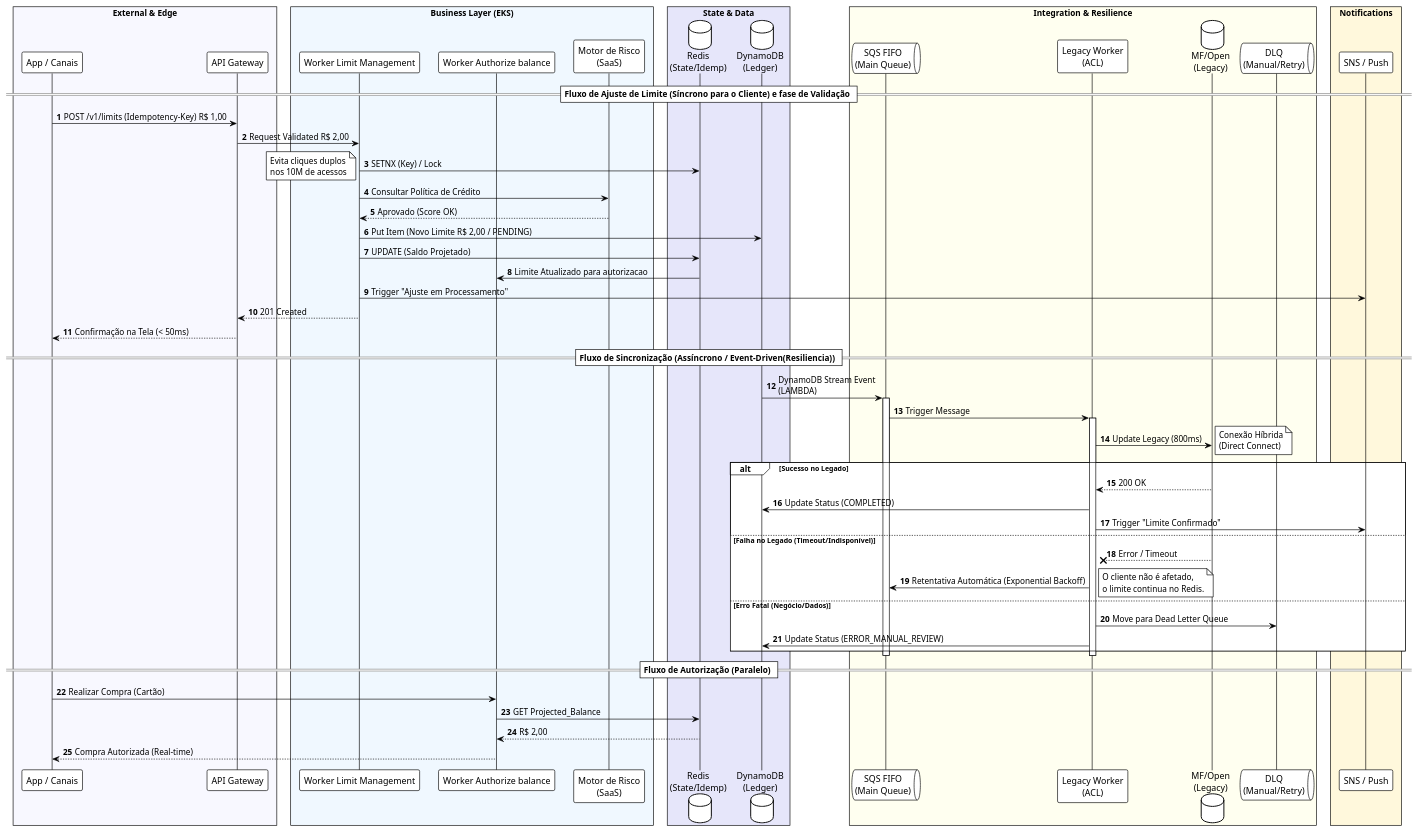
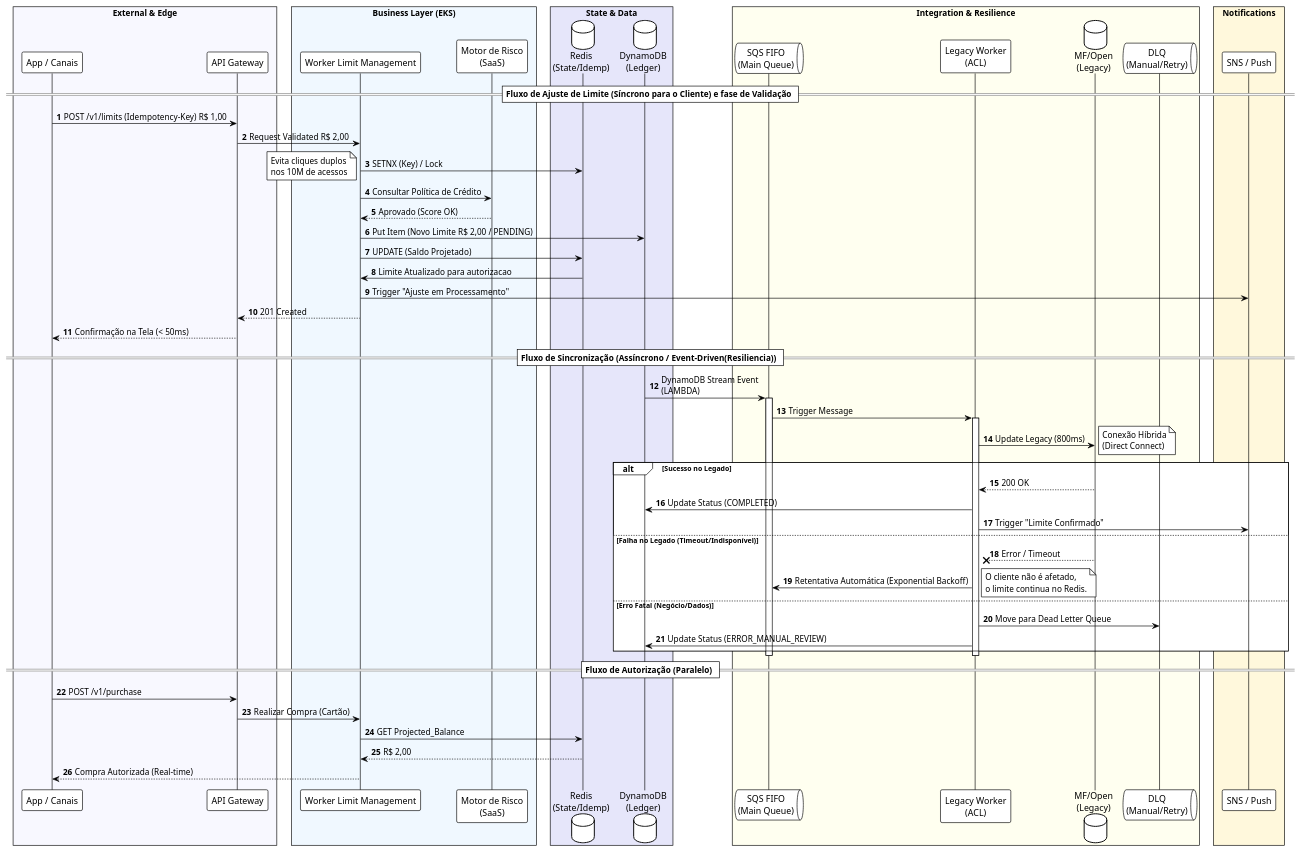
Before and after one commit to fabriziorodrigues01/desenhoArquiteturaSolucao: the diagram in diagramasPlantUml/fluxo de dados.plantuml, drawn with PlantUML. The commit also changed 5 other files, not shown here.

```diff
--- a/diagramasPlantUml/fluxo de dados.plantuml
+++ b/diagramasPlantUml/fluxo de dados.plantuml
@@ -1,87 +1,87 @@
 @startuml
 !theme plain
 autonumber
 skinparam boxPadding 10
 
 box "External & Edge" #GhostWhite
     participant "App / Canais" as App
     participant "API Gateway" as GW
 end box
 
 box "Business Layer (EKS)" #AliceBlue
     participant "Worker Limit Management" as SVC
-    participant "Worker Authorize balance" as Proxy
     participant "Motor de Risco\n(SaaS)" as Risk
 end box
 
 box "State & Data" #Lavender
     database "Redis\n(State/Idemp)" as Redis
     database "DynamoDB\n(Ledger)" as Dynamo
 end box
 
 box "Integration & Resilience" #Ivory
     queue "SQS FIFO\n(Main Queue)" as SQS
     participant "Legacy Worker\n(ACL)" as Worker
     database "MF/Open\n(Legacy)" as Legacy
     queue "DLQ\n(Manual/Retry)" as DLQ
 end box
 
 box "Notifications" #Cornsilk
     participant "SNS / Push" as Push
 end box
 
 == Fluxo de Ajuste de Limite (Síncrono para o Cliente) e fase de Validação == 
 
 App -> GW : POST /v1/limits (Idempotency-Key) R$ 1,00
 GW -> SVC : Request Validated R$ 2,00
 
 SVC -> Redis : SETNX (Key) / Lock
 note left: Evita cliques duplos\nnos 10M de acessos
 
 SVC -> Risk : Consultar Política de Crédito
 Risk --> SVC : Aprovado (Score OK)
 
 SVC -> Dynamo : Put Item (Novo Limite R$ 2,00 / PENDING)
 SVC -> Redis : UPDATE (Saldo Projetado)
 
-Redis -> Proxy : Limite Atualizado para autorizacao
+Redis -> SVC: Limite Atualizado para autorizacao
 
 SVC -> Push : Trigger "Ajuste em Processamento"
 SVC --> GW : 201 Created
 GW --> App : Confirmação na Tela (< 50ms)
 
 == Fluxo de Sincronização (Assíncrono / Event-Driven(Resiliencia)) ==
 
 Dynamo -> SQS : DynamoDB Stream Event\n(LAMBDA)
 activate SQS
 
 SQS -> Worker : Trigger Message
 activate Worker
 
 Worker -> Legacy : Update Legacy (800ms)
 note right: Conexão Híbrida\n(Direct Connect)
 
 alt Sucesso no Legado
     Legacy --> Worker : 200 OK
     Worker -> Dynamo : Update Status (COMPLETED)
     Worker -> Push : Trigger "Limite Confirmado"
 else Falha no Legado (Timeout/Indisponível)
     Legacy --x Worker : Error / Timeout
     Worker -> SQS : Retentativa Automática (Exponential Backoff)
     note right: O cliente não é afetado,\no limite continua no Redis.
 else Erro Fatal (Negócio/Dados)
     Worker -> DLQ : Move para Dead Letter Queue
     Worker -> Dynamo : Update Status (ERROR_MANUAL_REVIEW)
 end
 
 deactivate Worker
 deactivate SQS
 
 == Fluxo de Autorização (Paralelo) ==
 
-App -> Proxy : Realizar Compra (Cartão)
-Proxy -> Redis : GET Projected_Balance
-Redis --> Proxy : R$ 2,00
-Proxy --> App : Compra Autorizada (Real-time)
+App -> GW : POST /v1/purchase
+GW -> SVC : Realizar Compra (Cartão)
+SVC -> Redis : GET Projected_Balance
+Redis --> SVC : R$ 2,00
+SVC --> App : Compra Autorizada (Real-time)
 
 @enduml
```
